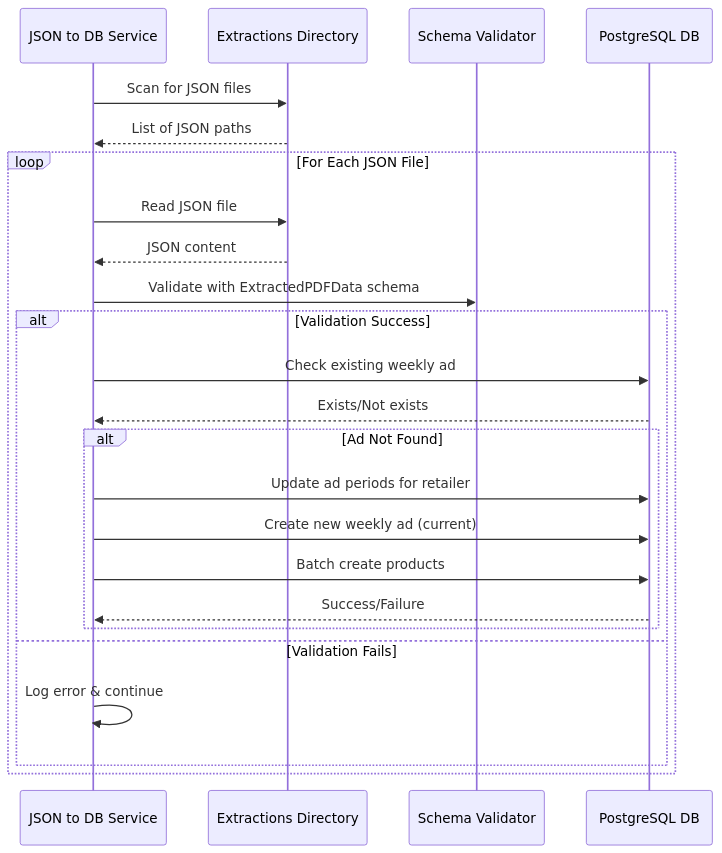
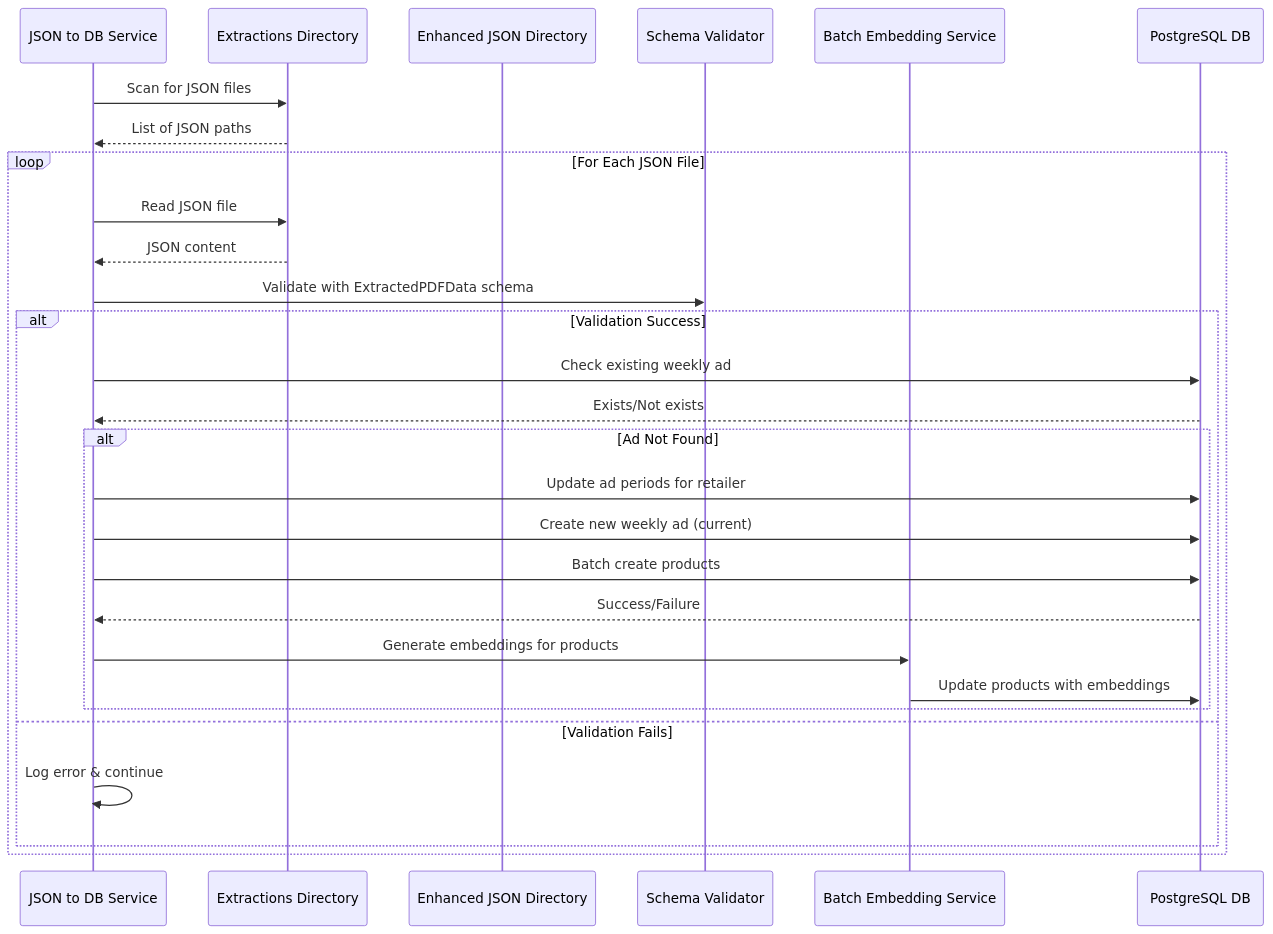
One commit to cobrauf/grocery-budget-assistant changed the seventh of 8 diagrams in docs/Mermaid.md. Above: the diagram before and after it, drawn with Mermaid. The commit also changed other lines of this file and 4 other files, not shown here.

````diff
--- a/docs/Mermaid.md
+++ b/docs/Mermaid.md
@@ -293,30 +318,34 @@
 ```mermaid
 sequenceDiagram
     participant JService as JSON to DB Service
     participant ExtrDir as Extractions Directory
+    participant EnhancedDir as Enhanced JSON Directory
     participant Validator as Schema Validator
+    participant EmbeddingService as Batch Embedding Service
     participant DB as PostgreSQL DB
 
     JService->>ExtrDir: Scan for JSON files
     ExtrDir-->>JService: List of JSON paths
 
     loop For Each JSON File
         JService->>ExtrDir: Read JSON file
         ExtrDir-->>JService: JSON content
         JService->>Validator: Validate with ExtractedPDFData schema
 
         alt Validation Success
             JService->>DB: Check existing weekly ad
             DB-->>JService: Exists/Not exists
 
             alt Ad Not Found
                 JService->>DB: Update ad periods for retailer
                 JService->>DB: Create new weekly ad (current)
                 JService->>DB: Batch create products
                 DB-->>JService: Success/Failure
+                JService->>EmbeddingService: Generate embeddings for products
+                EmbeddingService->>DB: Update products with embeddings
             end
         else Validation Fails
             JService->>JService: Log error & continue
         end
     end
 ```
````
